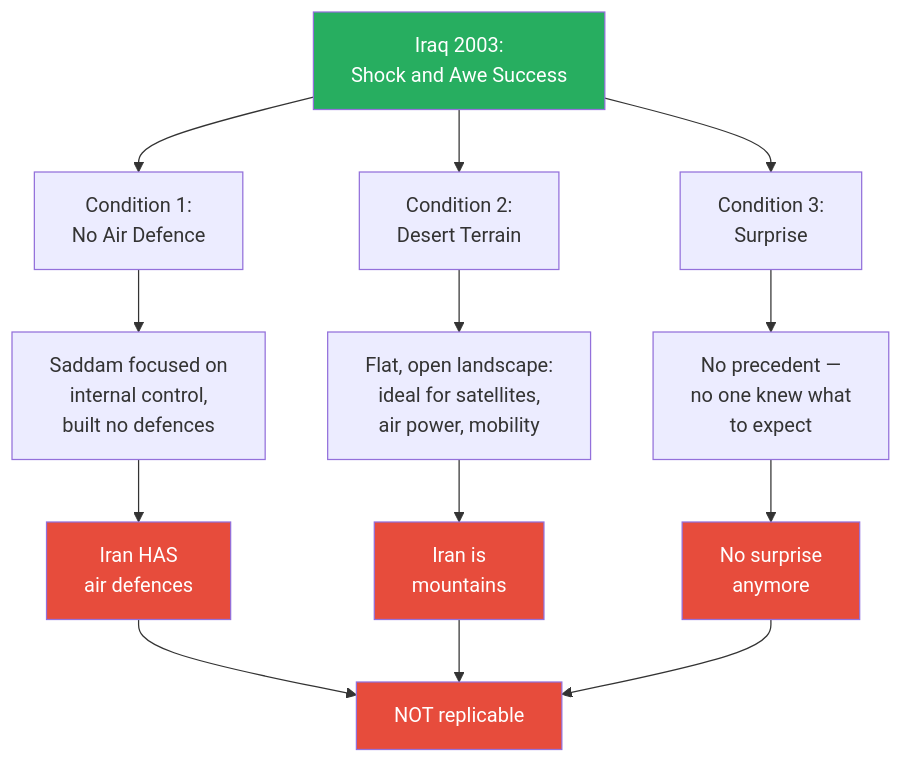
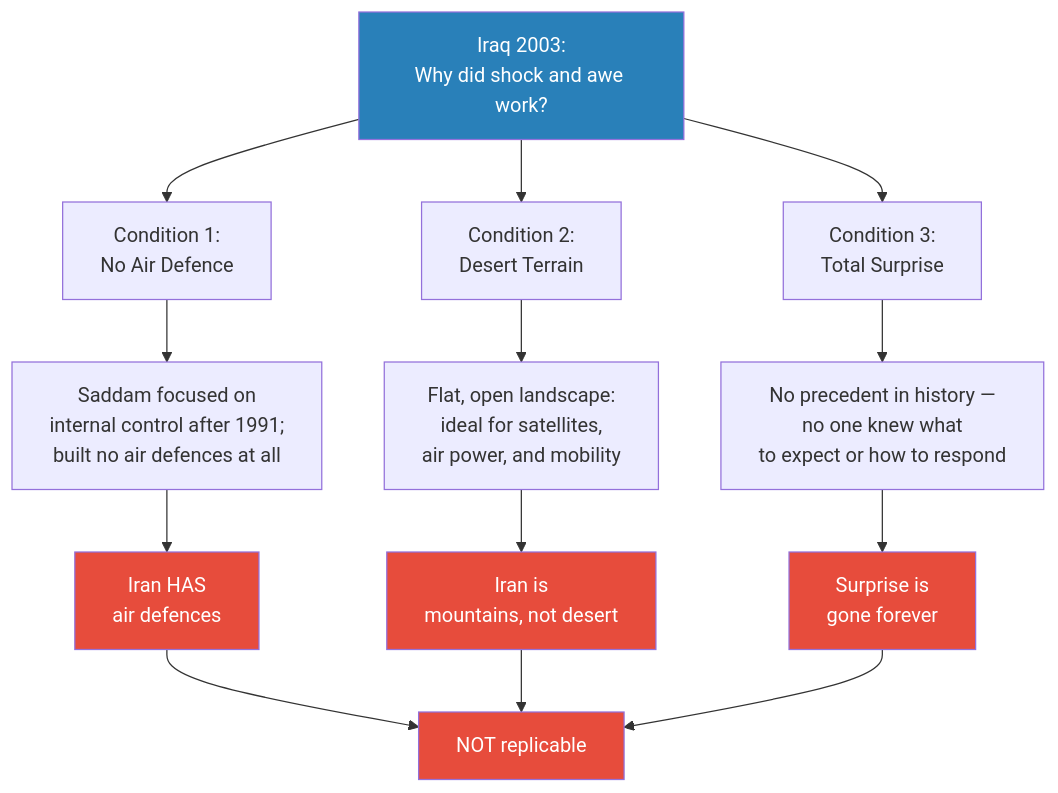
The third of 7 diagrams in summaries/Lectures/Geo-Strategy/06 - America's Imperial Hubris.md (alius33/reader), drawn with Mermaid before and after one commit. The commit also changed other lines of this file and 26 other files, not shown here.

````diff
--- a/summaries/Lectures/Geo-Strategy/06 - America's Imperial Hubris.md
+++ b/summaries/Lectures/Geo-Strategy/06 - America's Imperial Hubris.md
@@ -259,21 +135,21 @@
 ```mermaid
 flowchart TB
-    Q["Iraq 2003:<br/>Shock and Awe Success"]
+    Q["Iraq 2003:<br/>Why did shock and awe work?"]
     Q --> C1["Condition 1:<br/>No Air Defence"]
     Q --> C2["Condition 2:<br/>Desert Terrain"]
-    Q --> C3["Condition 3:<br/>Surprise"]
-    C1 --> X1["Saddam focused on<br/>internal control,<br/>built no defences"]
-    C2 --> X2["Flat, open landscape:<br/>ideal for satellites,<br/>air power, mobility"]
-    C3 --> X3["No precedent —<br/>no one knew what<br/>to expect"]
+    Q --> C3["Condition 3:<br/>Total Surprise"]
+    C1 --> X1["Saddam focused on<br/>internal control after 1991;<br/>built no air defences at all"]
+    C2 --> X2["Flat, open landscape:<br/>ideal for satellites,<br/>air power, and mobility"]
+    C3 --> X3["No precedent in history —<br/>no one knew what<br/>to expect or how to respond"]
     X1 --> I1["Iran HAS<br/>air defences"]
-    X2 --> I2["Iran is<br/>mountains"]
-    X3 --> I3["No surprise<br/>anymore"]
+    X2 --> I2["Iran is<br/>mountains, not desert"]
+    X3 --> I3["Surprise is<br/>gone forever"]
     I1 --> V["NOT replicable"]
     I2 --> V
     I3 --> V
-    style Q fill:#27ae60,color:#fff
+    style Q fill:#2980b9,color:#fff
     style V fill:#e74c3c,color:#fff
     style I1 fill:#e74c3c,color:#fff
     style I2 fill:#e74c3c,color:#fff
     style I3 fill:#e74c3c,color:#fff
 ```
````
